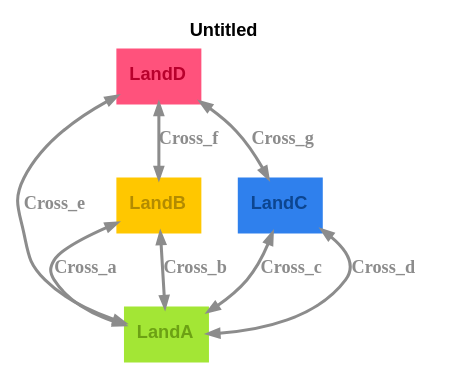
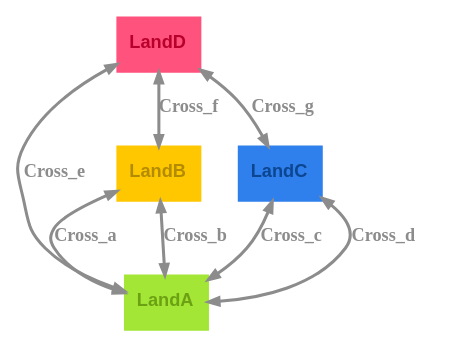
Before and after one commit to m-bock/purescript-transit: the diagram in graphs/bridges-koenigsberg-light.dot, drawn with Graphviz. The commit also changed 22 other files, not shown here.

```diff
--- a/graphs/bridges-koenigsberg-light.dot
+++ b/graphs/bridges-koenigsberg-light.dot
@@ -1,15 +1,15 @@
 digraph 
 {
-rankdir = "TD";fontname = "Arial";label = <<b>Untitled</b>>;labelloc = "t";fontsize = 12;bgcolor = "#ffffff";color = "#000000";fontcolor = "#000000"
+rankdir = "TD";fontname = "Arial";labelloc = "t";fontsize = 12;bgcolor = "#ffffff";color = "#000000";fontcolor = "#000000"
 LandA [shape = "box", label = <<b>LandA</b>>, fontsize = 12, style = "filled", fillcolor = "#a3e635", fontcolor = "#6ca114", color = "#a3e635", fontname = "Arial", labelloc = "c", penwidth = 1.0]
 LandB [shape = "box", label = <<b>LandB</b>>, fontsize = 12, style = "filled", fillcolor = "#ffc700", fontcolor = "#b38b00", color = "#ffc700", fontname = "Arial", labelloc = "c", penwidth = 1.0]
 LandB -> LandA [color = "#8c8c8c", fontcolor = "#8c8c8c", fontsize = 12, label = <<b>Cross_a</b>>, arrowsize = "1.5", penwidth = 2.0, dir = "both", arrowsize = "0.7"]
 LandB -> LandA [color = "#8c8c8c", fontcolor = "#8c8c8c", fontsize = 12, label = <<b>Cross_b</b>>, arrowsize = "1.5", penwidth = 2.0, dir = "both", arrowsize = "0.7"]
 LandC [shape = "box", label = <<b>LandC</b>>, fontsize = 12, style = "filled", fillcolor = "#2f80ed", fontcolor = "#0c4590", color = "#2f80ed", fontname = "Arial", labelloc = "c", penwidth = 1.0]
 LandC -> LandA [color = "#8c8c8c", fontcolor = "#8c8c8c", fontsize = 12, label = <<b>Cross_c</b>>, arrowsize = "1.5", penwidth = 2.0, dir = "both", arrowsize = "0.7"]
 LandC -> LandA [color = "#8c8c8c", fontcolor = "#8c8c8c", fontsize = 12, label = <<b>Cross_d</b>>, arrowsize = "1.5", penwidth = 2.0, dir = "both", arrowsize = "0.7"]
 LandD [shape = "box", label = <<b>LandD</b>>, fontsize = 12, style = "filled", fillcolor = "#ff527c", fontcolor = "#b8002c", color = "#ff527c", fontname = "Arial", labelloc = "c", penwidth = 1.0]
 LandD -> LandA [color = "#8c8c8c", fontcolor = "#8c8c8c", fontsize = 12, label = <<b>Cross_e</b>>, arrowsize = "1.5", penwidth = 2.0, dir = "both", arrowsize = "0.7"]
 LandD -> LandB [color = "#8c8c8c", fontcolor = "#8c8c8c", fontsize = 12, label = <<b>Cross_f</b>>, arrowsize = "1.5", penwidth = 2.0, dir = "both", arrowsize = "0.7"]
 LandD -> LandC [color = "#8c8c8c", fontcolor = "#8c8c8c", fontsize = 12, label = <<b>Cross_g</b>>, arrowsize = "1.5", penwidth = 2.0, dir = "both", arrowsize = "0.7"]
 }
```
